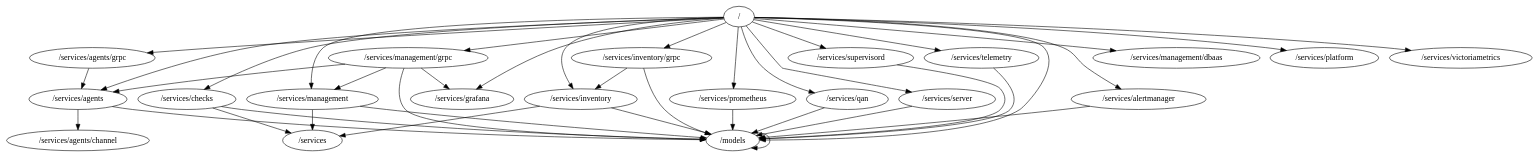
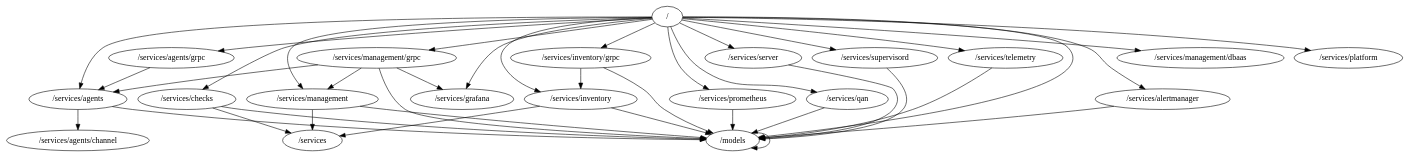
Before and after one commit to percona/pmm-managed: the diagram in packages.dot, drawn with Graphviz. The commit also changed 20 other files, not shown here.

```diff
--- a/packages.dot
+++ b/packages.dot
@@ -1,42 +1,41 @@
 digraph packages {
 	"/" -> "/models";
 	"/" -> "/services/agents";
 	"/" -> "/services/agents/grpc";
 	"/" -> "/services/alertmanager";
 	"/" -> "/services/checks";
 	"/" -> "/services/grafana";
 	"/" -> "/services/inventory";
 	"/" -> "/services/inventory/grpc";
 	"/" -> "/services/management";
 	"/" -> "/services/management/dbaas";
 	"/" -> "/services/management/grpc";
 	"/" -> "/services/platform";
 	"/" -> "/services/prometheus";
 	"/" -> "/services/qan";
 	"/" -> "/services/server";
 	"/" -> "/services/supervisord";
 	"/" -> "/services/telemetry";
-	"/" -> "/services/victoriametrics";
 	"/models" -> "/models";
 	"/services/agents" -> "/models";
 	"/services/agents" -> "/services/agents/channel";
 	"/services/agents/grpc" -> "/services/agents";
 	"/services/alertmanager" -> "/models";
 	"/services/checks" -> "/models";
 	"/services/checks" -> "/services";
 	"/services/inventory" -> "/models";
 	"/services/inventory" -> "/services";
 	"/services/inventory/grpc" -> "/models";
 	"/services/inventory/grpc" -> "/services/inventory";
 	"/services/management" -> "/models";
 	"/services/management" -> "/services";
 	"/services/management/grpc" -> "/models";
 	"/services/management/grpc" -> "/services/agents";
 	"/services/management/grpc" -> "/services/grafana";
 	"/services/management/grpc" -> "/services/management";
 	"/services/prometheus" -> "/models";
 	"/services/qan" -> "/models";
 	"/services/server" -> "/models";
 	"/services/supervisord" -> "/models";
 	"/services/telemetry" -> "/models";
 }
```
